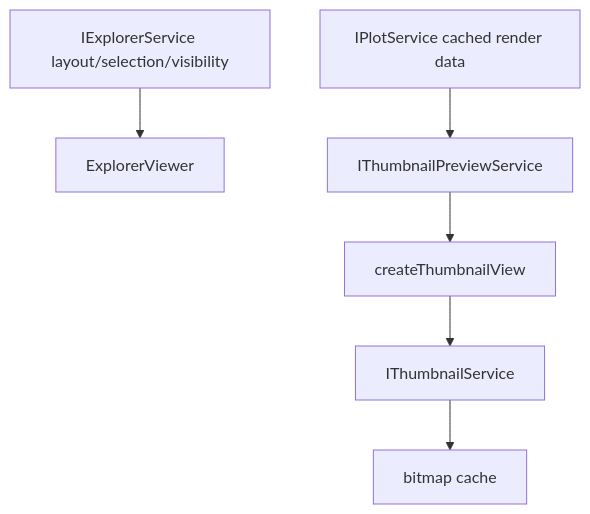
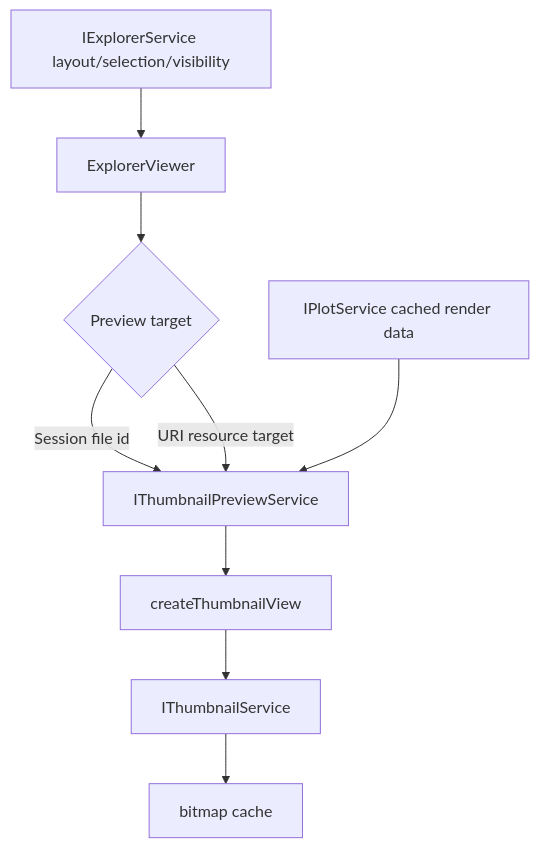
Before and after one commit to chogng/conductor: the diagram in .github/instructions/thumbnail.instructions.md, drawn with Mermaid. The commit also changed other lines of this file and 13 other files, not shown here.

````diff
--- a/.github/instructions/thumbnail.instructions.md
+++ b/.github/instructions/thumbnail.instructions.md
@@ -75,8 +75,11 @@
 ```mermaid
 flowchart TD
     ExplorerService[IExplorerService layout/selection/visibility] --> ExplorerViewer[ExplorerViewer]
-    Plot[IPlotService cached render data] --> ThumbnailPreviewService[IThumbnailPreviewService]
+    ExplorerViewer --> PreviewTarget{Preview target}
+    PreviewTarget -->|Session file id| ThumbnailPreviewService[IThumbnailPreviewService]
+    PreviewTarget -->|URI resource target| ThumbnailPreviewService
+    Plot[IPlotService cached render data] --> ThumbnailPreviewService
     ThumbnailPreviewService --> ThumbnailView[createThumbnailView]
     ThumbnailView --> ThumbnailService[IThumbnailService]
     ThumbnailService --> Cache[bitmap cache]
 ```
````
